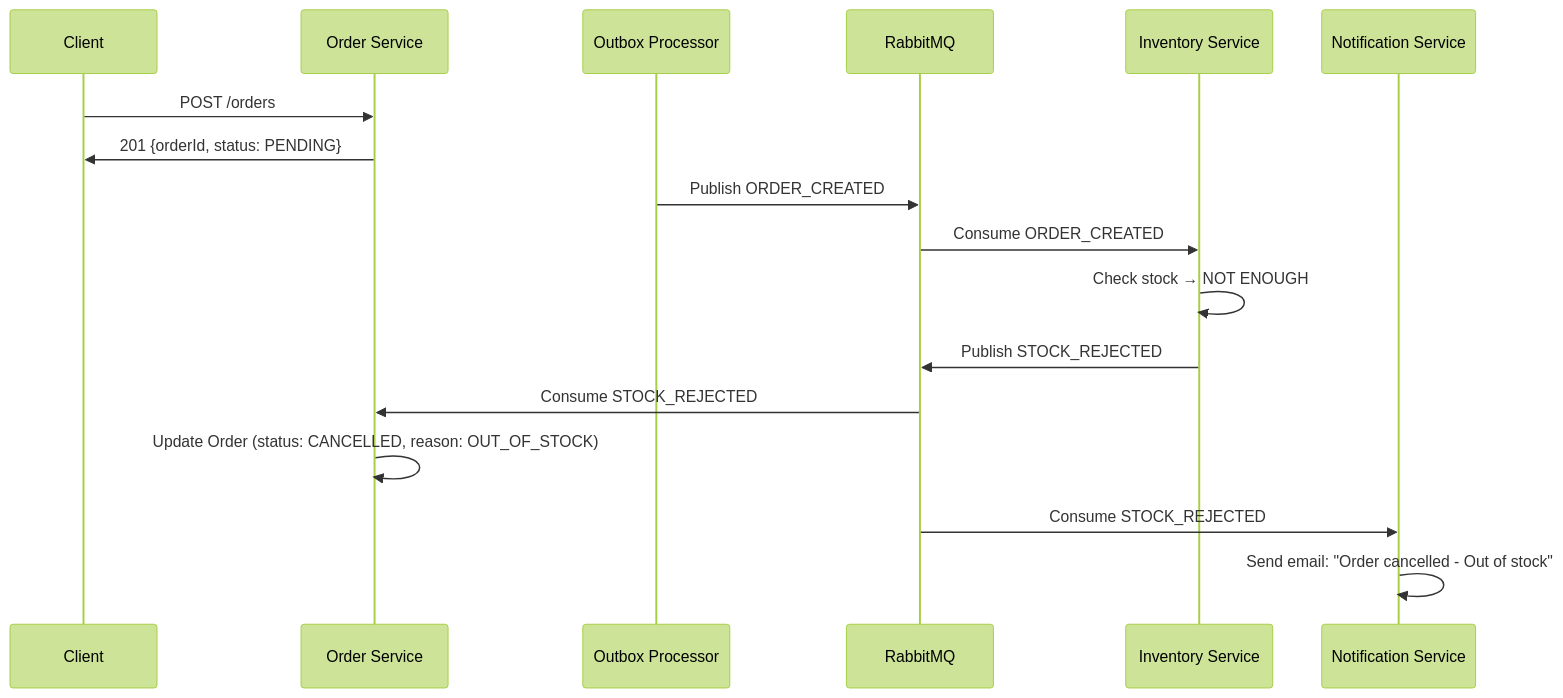
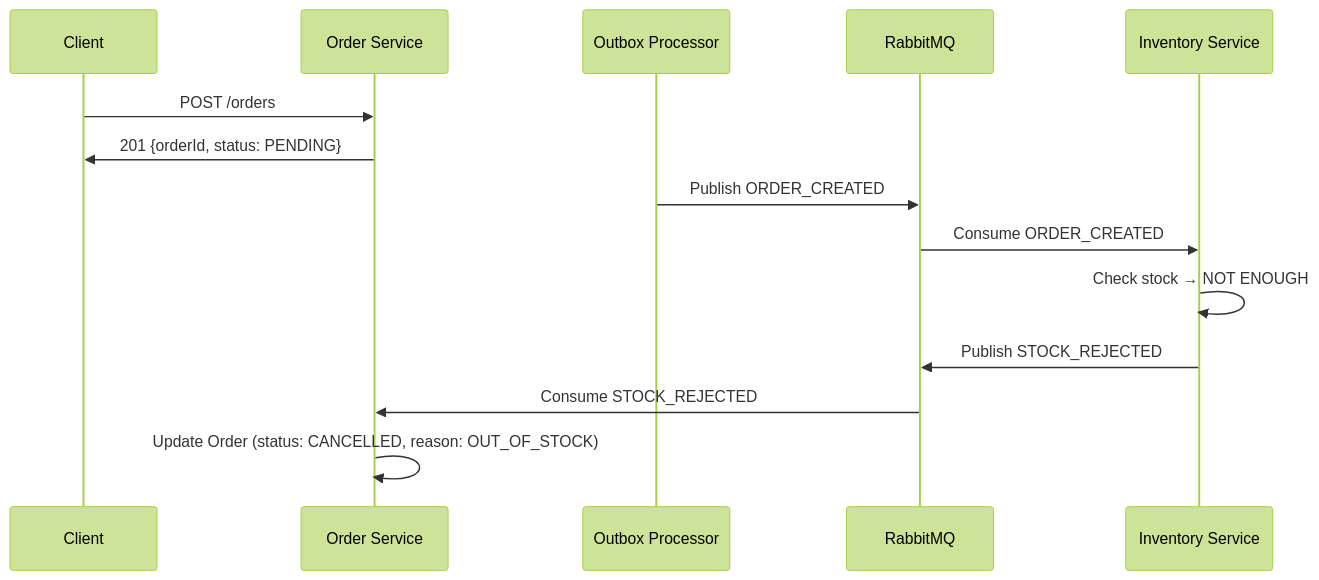
One commit to KinasTomes/em-project changed the second of 4 diagrams in docs/SAGA_FLOW_COMPLETE.md. Above: the diagram before and after it, drawn with Mermaid (forest theme). The commit also changed other lines of this file and 3 other files, not shown here.

````diff
--- a/docs/SAGA_FLOW_COMPLETE.md
+++ b/docs/SAGA_FLOW_COMPLETE.md
@@ -141,24 +121,20 @@
 ```mermaid
 sequenceDiagram
     participant C as Client
     participant OS as Order Service
     participant OB as Outbox Processor
     participant RMQ as RabbitMQ
     participant IS as Inventory Service
-    participant NS as Notification Service
 
     C->>OS: POST /orders
     OS->>C: 201 {orderId, status: PENDING}
     
     OB->>RMQ: Publish ORDER_CREATED
     
     RMQ->>IS: Consume ORDER_CREATED
     IS->>IS: Check stock → NOT ENOUGH
     IS->>RMQ: Publish STOCK_REJECTED
     
     RMQ->>OS: Consume STOCK_REJECTED
     OS->>OS: Update Order (status: CANCELLED, reason: OUT_OF_STOCK)
-    
-    RMQ->>NS: Consume STOCK_REJECTED
-    NS->>NS: Send email: "Order cancelled - Out of stock"
 ```
````
